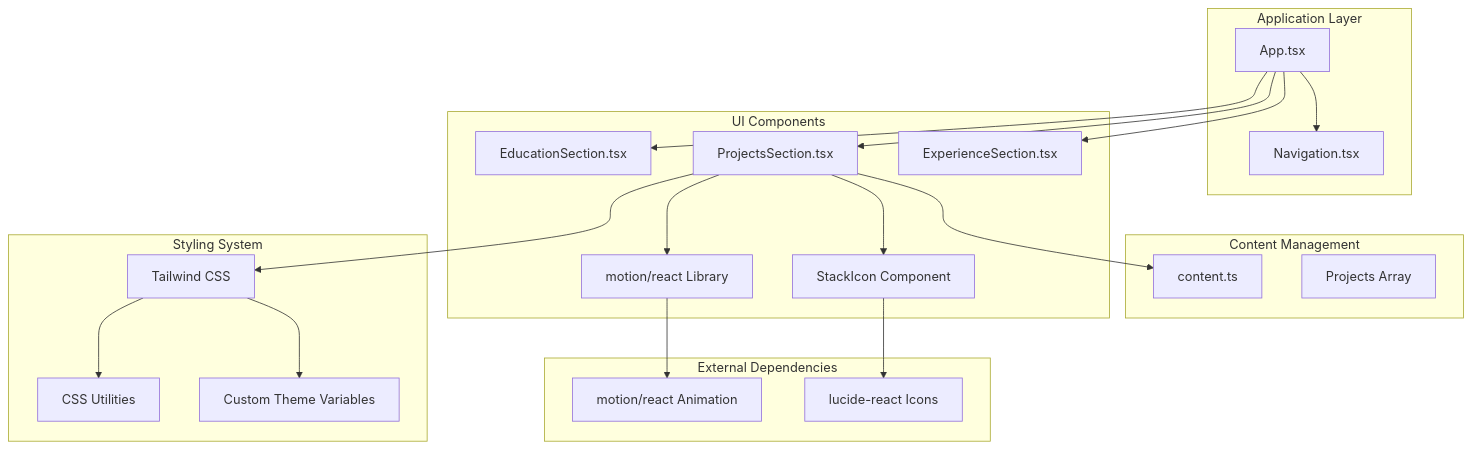
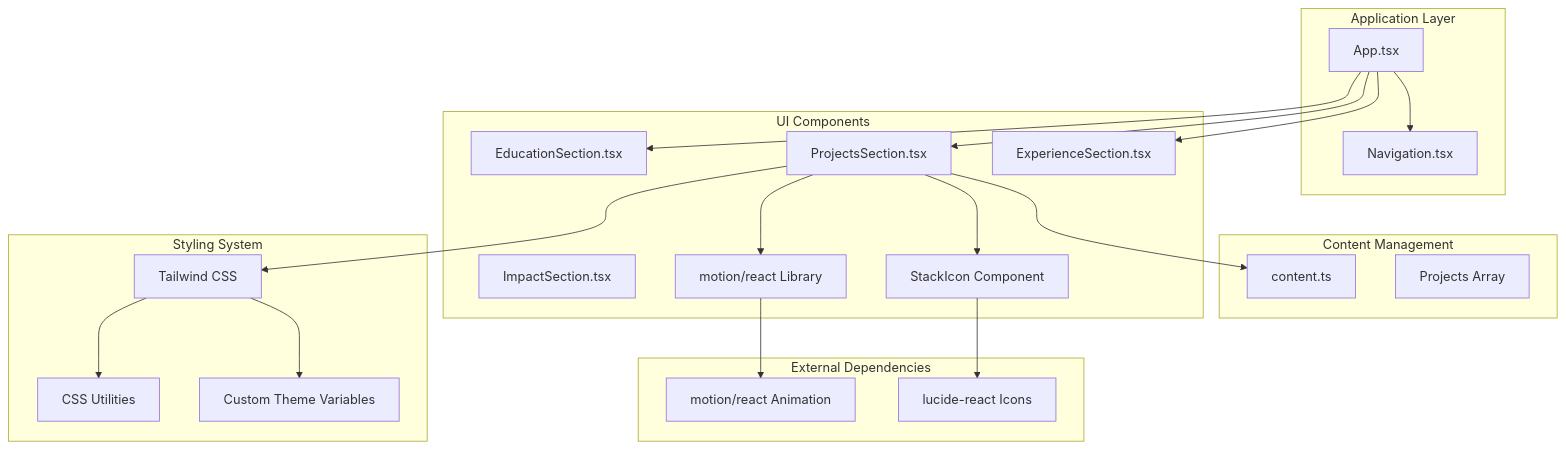
The first of 7 diagrams in .qoder/repowiki/en/content/Component Library & UI Elements/ProjectsSection Component.md (subash7781/Portfolio), drawn with Mermaid before and after one commit. The commit also changed other lines of this file and 8 other files, not shown here.

````diff
--- a/.qoder/repowiki/en/content/Component Library & UI Elements/ProjectsSection Component.md
+++ b/.qoder/repowiki/en/content/Component Library & UI Elements/ProjectsSection Component.md
@@ -48,39 +52,40 @@
 ```mermaid
 graph TB
 subgraph "Application Layer"
 App[App.tsx]
 Navigation[Navigation.tsx]
 end
 subgraph "Content Management"
 Content[content.ts]
 ProjectsData[Projects Array]
 end
 subgraph "UI Components"
 ExperienceSection[ExperienceSection.tsx]
 ProjectsSection[ProjectsSection.tsx]
 EducationSection[EducationSection.tsx]
+ImpactSection[ImpactSection.tsx]
 StackIcon[StackIcon Component]
 Motion[motion/react Library]
 end
 subgraph "Styling System"
 TailwindCSS[Tailwind CSS]
 Theme[Custom Theme Variables]
 CSSUtilities[CSS Utilities]
 end
 subgraph "External Dependencies"
 LucideIcons[lucide-react Icons]
 MotionLib[motion/react Animation]
 end
 App --> Navigation
 App --> ExperienceSection
 App --> ProjectsSection
 App --> EducationSection
 ProjectsSection --> Content
 ProjectsSection --> StackIcon
 ProjectsSection --> Motion
 StackIcon --> LucideIcons
 ProjectsSection --> TailwindCSS
 TailwindCSS --> Theme
 TailwindCSS --> CSSUtilities
 Motion --> MotionLib
 ```
````
